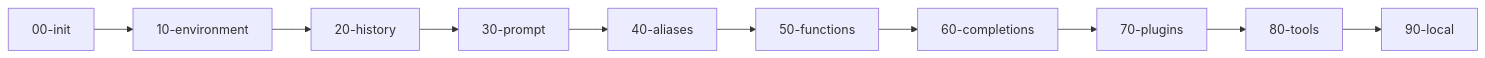
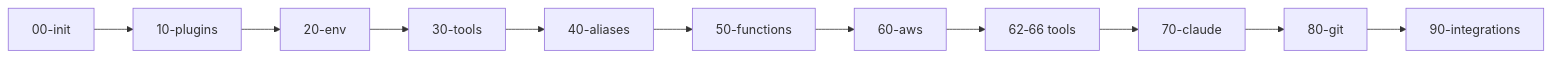
The fifth of 13 diagrams in docs/architecture.md (blackwell-systems/blackdot), drawn with Mermaid before and after one commit. The commit also changed other lines of this file and 5 other files, not shown here.

````diff
--- a/docs/architecture.md
+++ b/docs/architecture.md
@@ -429,12 +429,13 @@
 ```mermaid
 flowchart LR
-    A[00-init] --> B[10-environment]
-    B --> C[20-history]
-    C --> D[30-prompt]
+    A[00-init] --> B[10-plugins]
+    B --> C[20-env]
+    C --> D[30-tools]
     D --> E[40-aliases]
     E --> F[50-functions]
-    F --> G[60-completions]
-    G --> H[70-plugins]
-    H --> I[80-tools]
-    I --> J[90-local]
+    F --> G[60-aws]
+    G --> H[62‑66 tools]
+    H --> I[70-claude]
+    I --> J[80-git]
+    J --> K[90-integrations]
 ```
````
